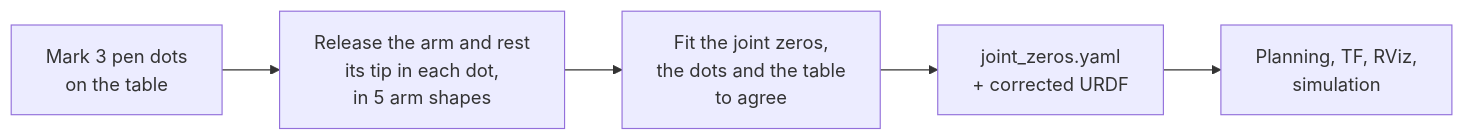
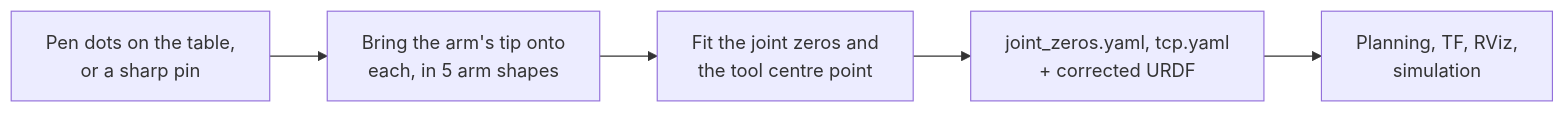
The diagram in README.md (Yadunund/calib-kit), drawn with Mermaid before and after one commit. The commit also changed other lines of this file and 11 other files, not shown here.

First line of the commit message:
Calibrate the tool centre point too, from dots or a sharp pin

````diff
--- a/README.md
+++ b/README.md
@@ -42,7 +47,7 @@
 ```mermaid
 flowchart LR
-    A["Mark 3 pen dots<br/>on the table"] --> B["Release the arm and rest<br/>its tip in each dot,<br/>in 5 arm shapes"]
-    B --> C["Fit the joint zeros,<br/>the dots and the table<br/>to agree"]
-    C --> D["joint_zeros.yaml<br/>+ corrected URDF"]
+    A["Pen dots on the table,<br/>or a sharp pin"] --> B["Bring the arm's tip onto<br/>each, in 5 arm shapes"]
+    B --> C["Fit the joint zeros and<br/>the tool centre point"]
+    C --> D["joint_zeros.yaml, tcp.yaml<br/>+ corrected URDF"]
     D --> E["Planning, TF, RViz,<br/>simulation"]
 ```
````
